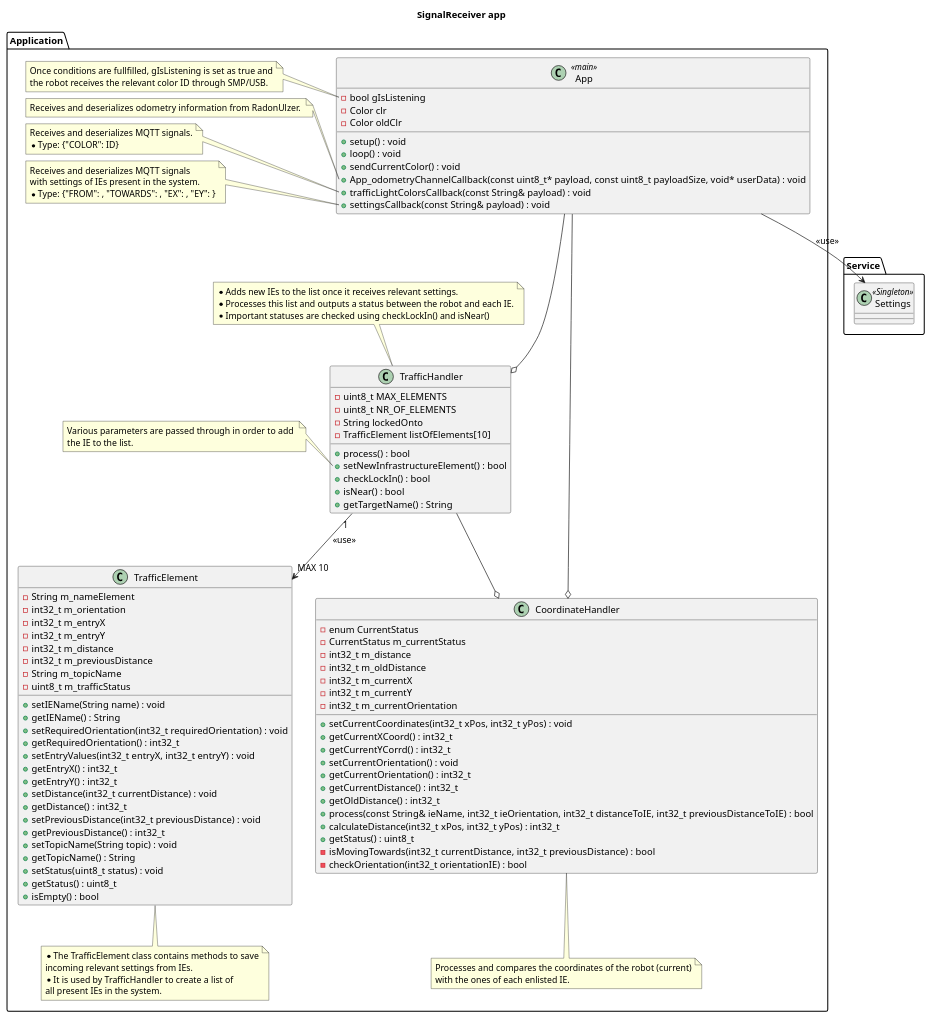
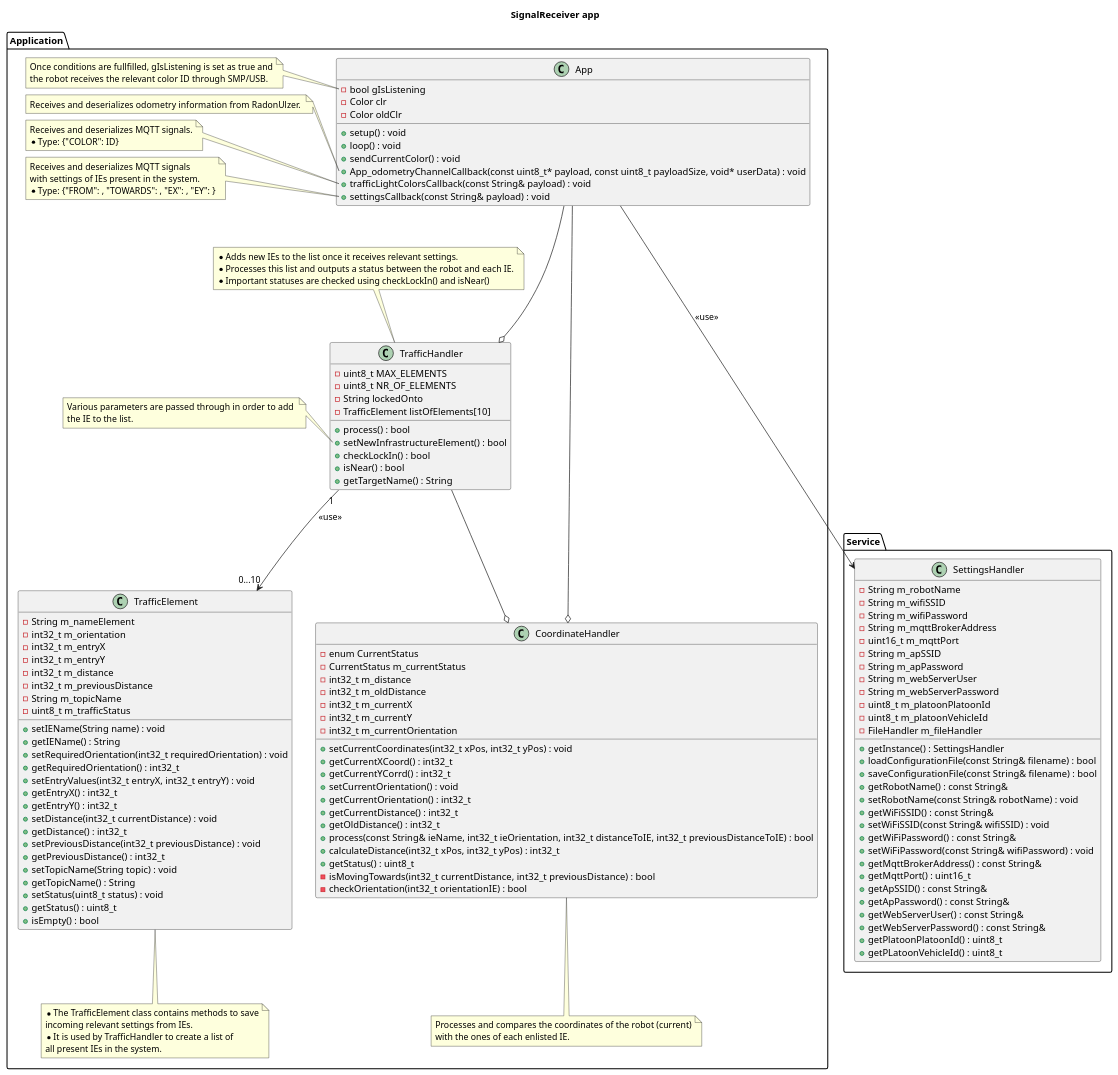
One commit to BlueAndi/DroidControlShip changed the diagram in doc/architecture/uml/LogicalView/SignalReceiver.puml/Application.puml. Above: the diagram before and after it, drawn with PlantUML. The commit also changed 10 other files, not shown here.

```diff
--- a/doc/architecture/uml/LogicalView/SignalReceiver.puml/Application.puml
+++ b/doc/architecture/uml/LogicalView/SignalReceiver.puml/Application.puml
@@ -1,137 +1,167 @@
 @startuml SignalReceiverApplication
 
 title SignalReceiver app
 
 package "Application" as appLayer {
 
-    class App <<main>>{
+    class App {
         - bool gIsListening
         - Color clr 
         - Color oldClr
         + setup() : void
         + loop() : void
         + sendCurrentColor() : void
         + App_odometryChannelCallback(const uint8_t* payload, const uint8_t payloadSize, void* userData) : void
         + trafficLightColorsCallback(const String& payload) : void
         + settingsCallback(const String& payload) : void
     }
 
     note left of App::gIsListening
         Once conditions are fullfilled, gIsListening is set as true and
         the robot receives the relevant color ID through SMP/USB.
     end note
 
     note left of App::App_odometryChannelCallback
         Receives and deserializes odometry information from RadonUlzer. 
     end note
 
     note left of App::trafficLightColorsCallback
         Receives and deserializes MQTT signals.
         * Type: {"COLOR": ID}
     end note
 
     note left of App::settingsCallback
         Receives and deserializes MQTT signals 
         with settings of IEs present in the system.
         * Type: {"FROM": , "TOWARDS": , "EX": , "EY": }
     end note
 
     class "TrafficElement" as te 
     {
         -String m_nameElement
         -int32_t m_orientation
         -int32_t m_entryX
         -int32_t m_entryY
         -int32_t m_distance
         -int32_t m_previousDistance
         -String m_topicName
         -uint8_t m_trafficStatus
         +setIEName(String name) : void
         +getIEName() : String
         +setRequiredOrientation(int32_t requiredOrientation) : void
         +getRequiredOrientation() : int32_t
         +setEntryValues(int32_t entryX, int32_t entryY) : void
         +getEntryX() : int32_t
         +getEntryY() : int32_t
         +setDistance(int32_t currentDistance) : void
         +getDistance() : int32_t
         +setPreviousDistance(int32_t previousDistance) : void
         +getPreviousDistance() : int32_t   
         +setTopicName(String topic) : void
         +getTopicName() : String
         +setStatus(uint8_t status) : void
         +getStatus() : uint8_t
         +isEmpty() : bool
     }
 
     note bottom of te
         * The TrafficElement class contains methods to save 
         incoming relevant settings from IEs.
         * It is used by TrafficHandler to create a list of 
         all present IEs in the system.
     end note
 
     class "TrafficHandler" as th 
     {
         -uint8_t MAX_ELEMENTS
         -uint8_t NR_OF_ELEMENTS
         -String lockedOnto
         -TrafficElement listOfElements[10]
         +process() : bool
         +setNewInfrastructureElement() : bool
         +checkLockIn() : bool
         +isNear() : bool
         +getTargetName() : String
     }
 
     note top of th
         * Adds new IEs to the list once it receives relevant settings.
         * Processes this list and outputs a status between the robot and each IE.
         * Important statuses are checked using checkLockIn() and isNear()
     end note
 
     note left of th::setNewInfrastructureElement()
         Various parameters are passed through in order to add 
         the IE to the list.
     end note
 
     class "CoordinateHandler" as ch 
     {
         -enum CurrentStatus
         -CurrentStatus m_currentStatus
         -int32_t m_distance
         -int32_t m_oldDistance
         -int32_t m_currentX
         -int32_t m_currentY
         -int32_t m_currentOrientation
         +setCurrentCoordinates(int32_t xPos, int32_t yPos) : void
         +getCurrentXCoord() : int32_t 
         +getCurrentYCorrd() : int32_t
         +setCurrentOrientation() : void
         +getCurrentOrientation() : int32_t
         +getCurrentDistance() : int32_t
         +getOldDistance() : int32_t
         +process(const String& ieName, int32_t ieOrientation, int32_t distanceToIE, int32_t previousDistanceToIE) : bool
         +calculateDistance(int32_t xPos, int32_t yPos) : int32_t
         +getStatus() : uint8_t
         -isMovingTowards(int32_t currentDistance, int32_t previousDistance) : bool
         -checkOrientation(int32_t orientationIE) : bool
     }
 
     note bottom of ch
         Processes and compares the coordinates of the robot (current)
         with the ones of each enlisted IE.
     end note 
 }
 
 package "Service" as serviceLayer {
-    class Settings <<Singleton>>
+    class SettingsHandler {
+        - String m_robotName
+        - String m_wifiSSID
+        - String m_wifiPassword
+        - String m_mqttBrokerAddress
+        - uint16_t m_mqttPort
+        - String m_apSSID
+        - String m_apPassword
+        - String m_webServerUser
+        - String m_webServerPassword
+        - uint8_t m_platoonPlatoonId
+        - uint8_t m_platoonVehicleId
+        - FileHandler m_fileHandler
+        + getInstance() : SettingsHandler
+        + loadConfigurationFile(const String& filename) : bool
+        + saveConfigurationFile(const String& filename) : bool
+        + getRobotName() : const String&
+        + setRobotName(const String& robotName) : void
+        + getWiFiSSID() : const String&
+        + setWiFiSSID(const String& wifiSSID) : void 
+        + getWiFiPassword() : const String&
+        + setWiFiPassword(const String& wifiPassword) : void
+        + getMqttBrokerAddress() : const String&
+        + getMqttPort() : uint16_t
+        + getApSSID() : const String&
+        + getApPassword() : const String&
+        + getWebServerUser() : const String&
+        + getWebServerPassword() : const String&
+        + getPlatoonPlatoonId() : uint8_t
+        + getPLatoonVehicleId() : uint8_t
+    }
 }
 
 App ---o th
 App --o ch 
-App --> Settings : <<use>>
-th "1" --> "MAX 10" te : <<use>>
+App ----> SettingsHandler : <<use>>
+th "1" --> "0...10" te : <<use>>
 th --o ch 
 
 @enduml
```
